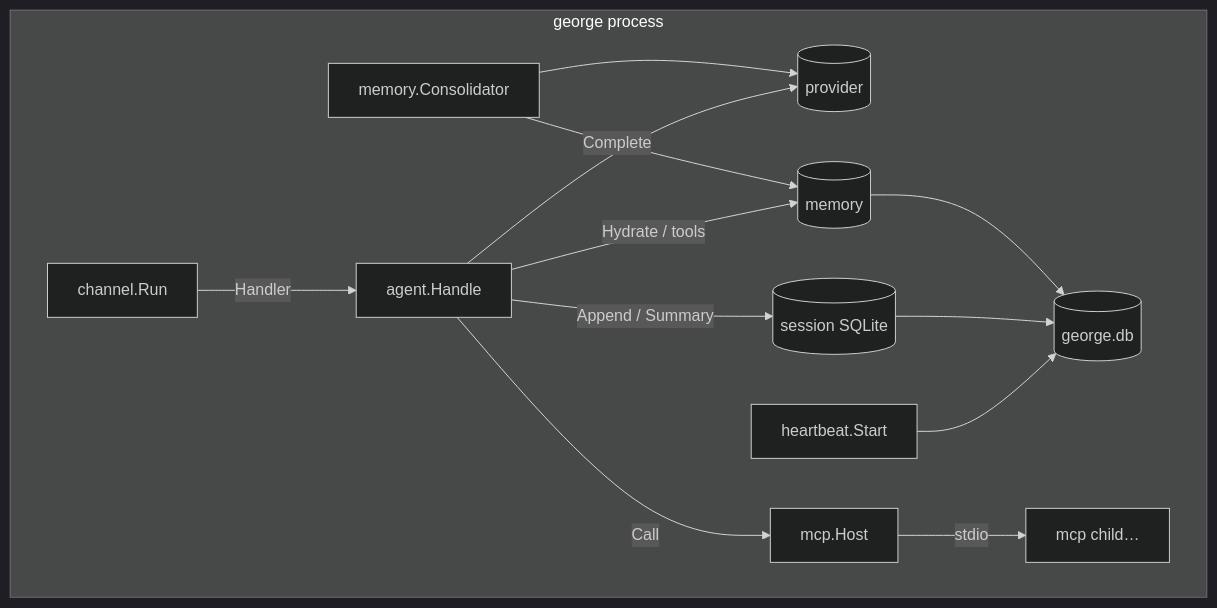
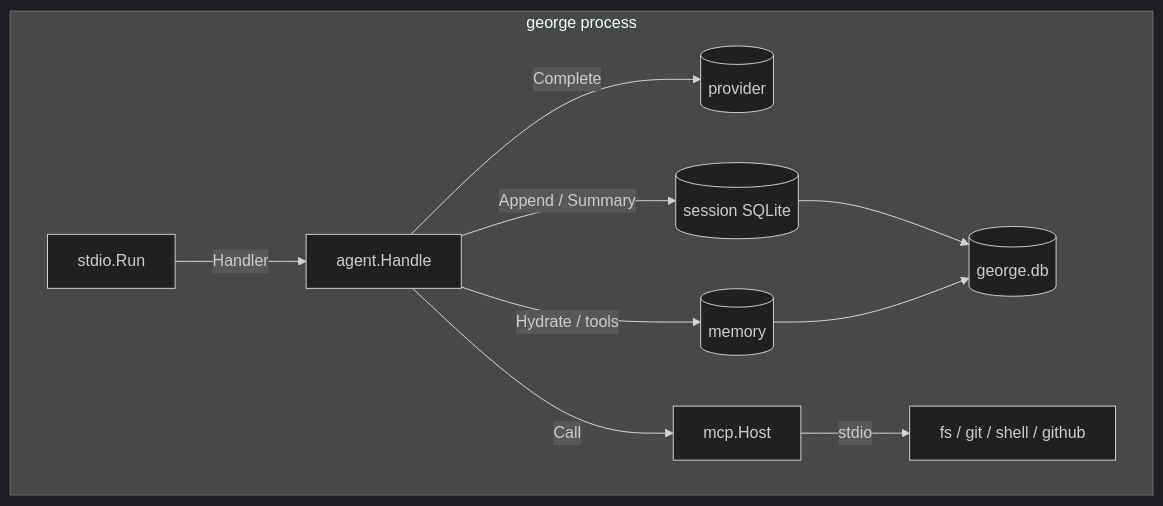
The second of 5 diagrams in docs/architecture.md (shotah/ai-george), drawn with Mermaid (dark theme) before and after one commit. The commit also changed other lines of this file and 54 other files, not shown here.

````diff
--- a/docs/architecture.md
+++ b/docs/architecture.md
@@ -80,21 +111,16 @@
 ```mermaid
 flowchart TB
   subgraph george["george process"]
-    CH[channel.Run]
+    CH[stdio.Run]
     AG[agent.Handle]
     MCP[mcp.Host]
-    HB[heartbeat.Start]
-    CON[memory.Consolidator]
     CH -->|Handler| AG
     AG -->|Complete| LLM[(provider)]
     AG -->|Call| MCP
     AG -->|Append / Summary| SES[(session SQLite)]
     AG -->|Hydrate / tools| MEM[(memory)]
-    HB --> DB[(george.db)]
-    SES --> DB
+    SES --> DB[(george.db)]
     MEM --> DB
-    CON --> MEM
-    CON --> LLM
-    MCP -->|stdio| C1[mcp child…]
+    MCP -->|stdio| C1[fs / git / shell / github]
   end
 ```
````
